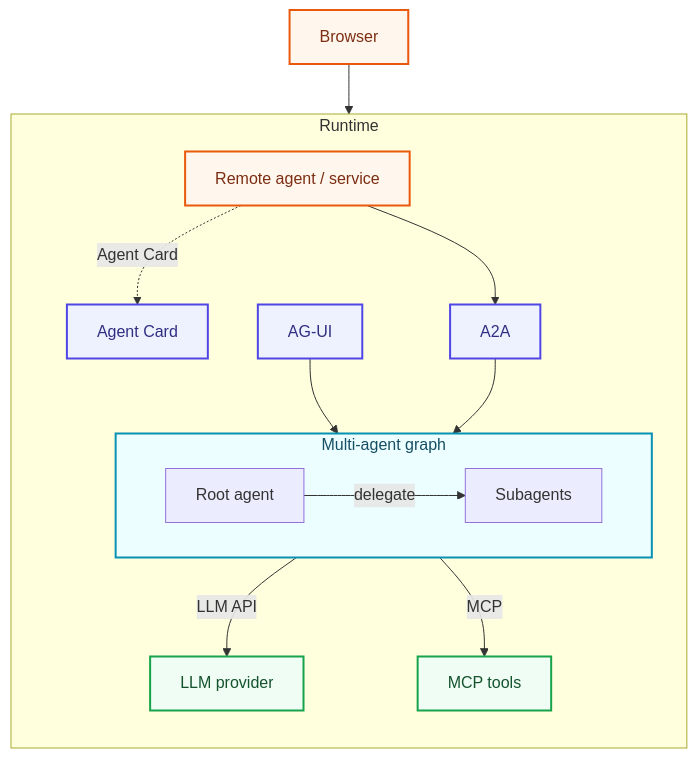
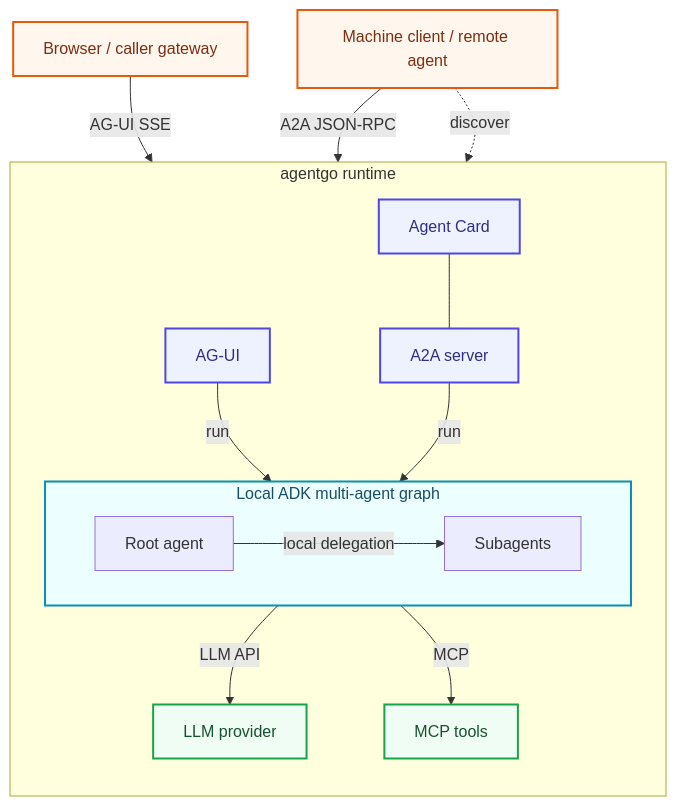
The diagram in README.md (ml8s/liki-agent-runtime), drawn with Mermaid before and after one commit. The commit also changed other lines of this file and 10 other files, not shown here.

````diff
--- a/README.md
+++ b/README.md
@@ -47,40 +48,41 @@
 ```mermaid
 flowchart TB
-    browser["Browser"]
-    remote["Remote agent / service"]
+    browser["Browser / caller gateway"]
+    machine["Machine client / remote agent"]
 
-    subgraph runtime["Runtime"]
+    subgraph runtime["agentgo runtime"]
         direction TB
         agui["AG-UI"]
-        a2a["A2A"]
+        a2a["A2A server"]
         card["Agent Card"]
 
-        subgraph agentGraph["Multi-agent graph"]
+        subgraph agentGraph["Local ADK multi-agent graph"]
             root["Root agent"]
             subagents["Subagents"]
-            root -->|delegate| subagents
+            root -->|"local delegation"| subagents
         end
 
-        agui --> agentGraph
-        a2a --> agentGraph
-        remote -. "Agent Card" .-> card
-        agentGraph -->|LLM API| provider
-        agentGraph -->|MCP| tools
+        agui -->|"run"| agentGraph
+        a2a -->|"run"| agentGraph
+        card --- a2a
+        agentGraph -->|"LLM API"| provider
+        agentGraph -->|"MCP"| tools
     end
 
     provider["LLM provider"]
     tools["MCP tools"]
 
-    browser --> agui
-    remote --> a2a
+    browser -->|"AG-UI SSE"| agui
+    machine -->|"A2A JSON-RPC"| a2a
+    machine -.->|"discover"| card
 
     classDef client fill:#fff7ed,stroke:#ea580c,stroke-width:2px,color:#7c2d12
     classDef protocol fill:#eef2ff,stroke:#4f46e5,stroke-width:2px,color:#312e81
     classDef core fill:#ecfeff,stroke:#0891b2,stroke-width:2px,color:#164e63
     classDef dependency fill:#f0fdf4,stroke:#16a34a,stroke-width:2px,color:#14532d
 
-    class browser,remote client
+    class browser,machine client
     class agui,a2a,card protocol
     class agentGraph core
     class provider,tools dependency
 ```
````
